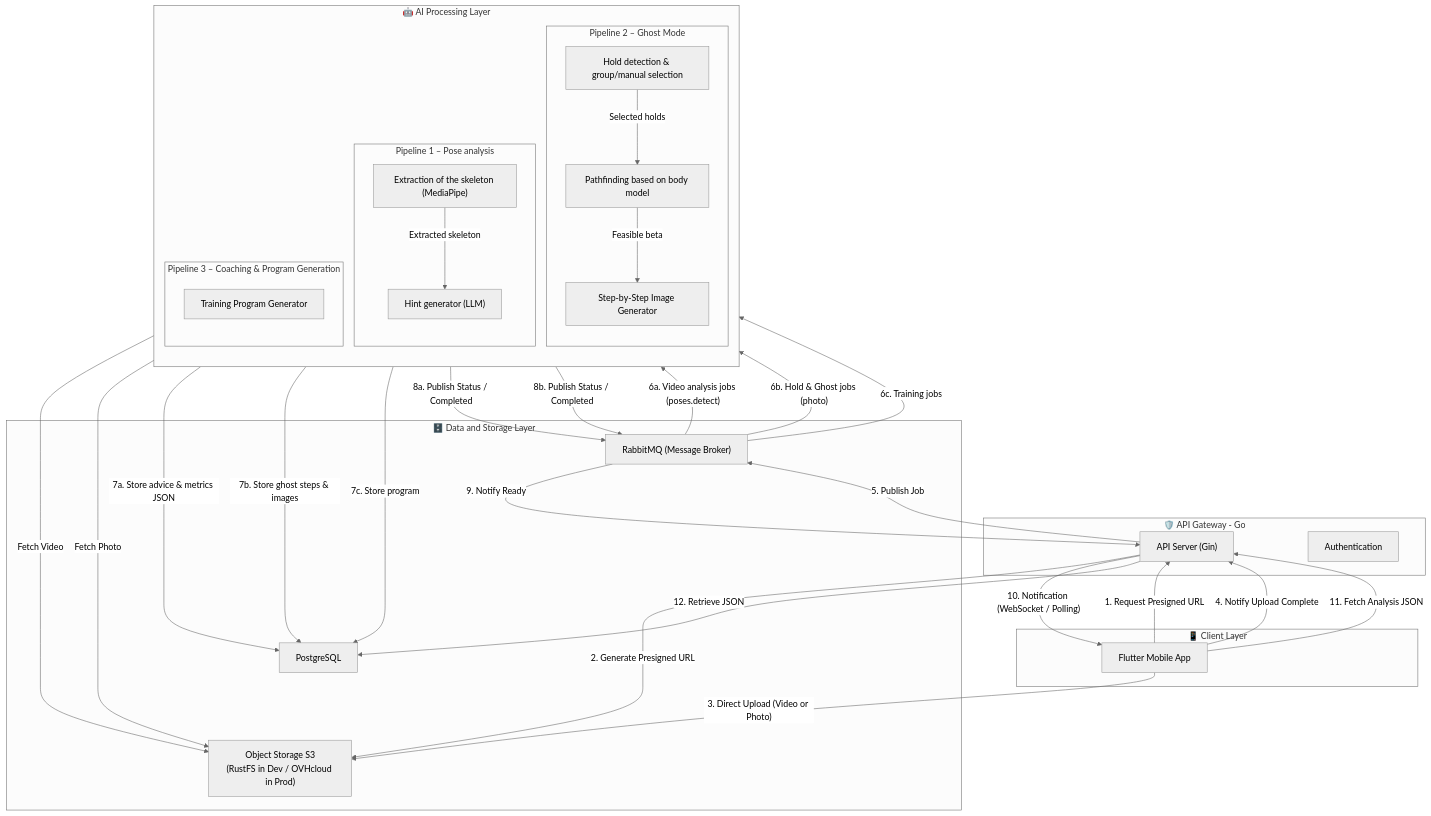
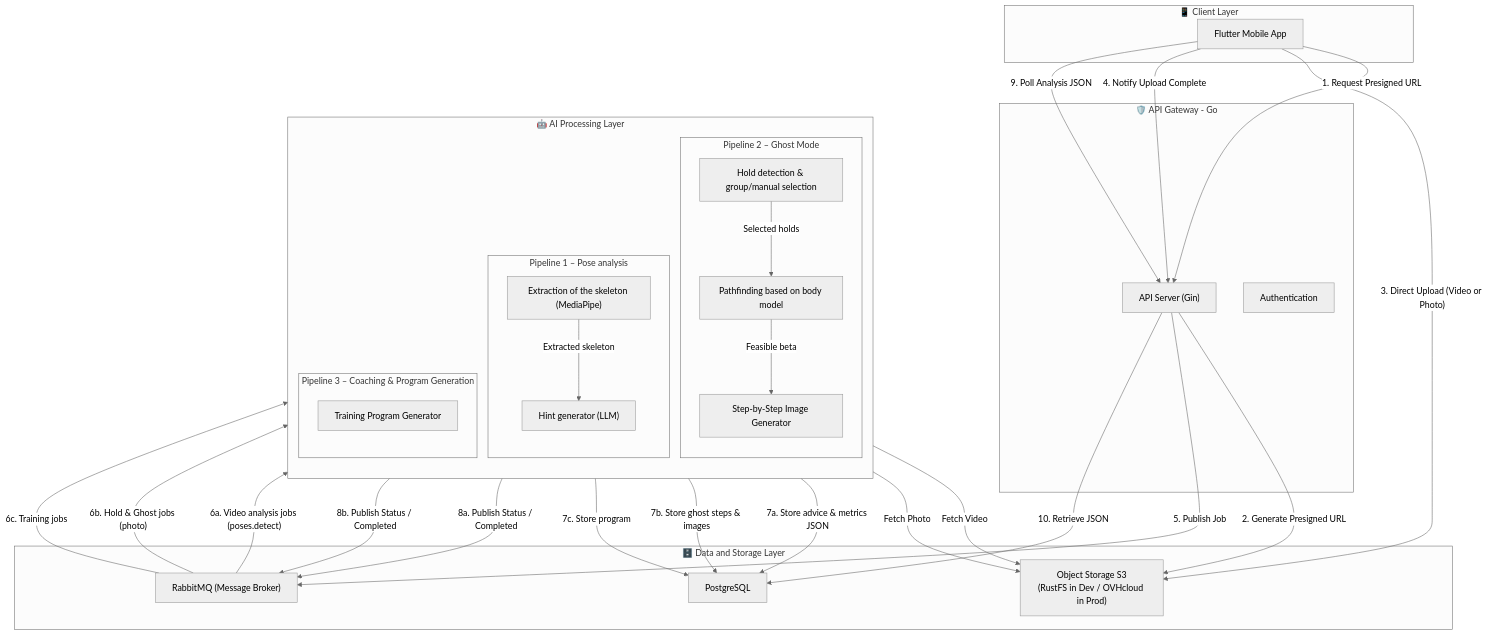
One commit to Ascension-EIP/Ascension changed the first of 2 diagrams in docs/Ascension/developer/architecture/globale-architecture.md. Above: the diagram before and after it, drawn with Mermaid (neutral theme). The commit also changed other lines of this file and 4 other files, not shown here.

````diff
--- a/docs/Ascension/developer/architecture/globale-architecture.md
+++ b/docs/Ascension/developer/architecture/globale-architecture.md
@@ -68,61 +68,59 @@
 ```mermaid
 graph TD
     subgraph Client ["📱 Client Layer"]
         MobileApp["Flutter Mobile App"]
     end
 
     subgraph API ["🛡️ API Gateway - Go"]
         APIServer["API Server (Gin)"]
         AuthService["Authentication"]
     end
 
     subgraph Storage ["🗄️ Data and Storage Layer"]
         ObjectStorage["Object Storage S3<br/>(RustFS in Dev / OVHcloud in Prod)"]
         Database["PostgreSQL"]
         MessageQueue["RabbitMQ (Message Broker)"]
     end
 
     subgraph AI ["🤖 AI Processing Layer"]
         direction TB
         subgraph Vision ["Pipeline 1 – Pose analysis"]
             SkeletonExtraction["Extraction of the skeleton (MediaPipe)"]
             AdviceGenerator["Hint generator (LLM)"]
             SkeletonExtraction -->|"Extracted skeleton"| AdviceGenerator
         end
         subgraph Ghost ["Pipeline 2 – Ghost Mode"]
             HoldDetection["Hold detection & group/manual selection"]
             Pathfinding["Pathfinding based on body model"]
             GhostGenerator["Step-by-Step Image Generator"]
             HoldDetection -->|"Selected holds"| Pathfinding
             Pathfinding -->|"Feasible beta"| GhostGenerator
         end
         subgraph Training ["Pipeline 3 – Coaching & Program Generation"]
             ProgramGenerator["Training Program Generator"]
         end
     end
 
     MobileApp -->|"1. Request Presigned URL"| APIServer
     APIServer -->|"2. Generate Presigned URL"| ObjectStorage
     MobileApp -->|"3. Direct Upload (Video or Photo)"| ObjectStorage
     MobileApp -->|"4. Notify Upload Complete"| APIServer
 
     APIServer -->|"5. Publish Job"| MessageQueue
     MessageQueue -->|"6a. Video analysis jobs (poses.detect)"| SkeletonExtraction
     MessageQueue -->|"6b. Hold & Ghost jobs (photo)"| HoldDetection
     MessageQueue -->|"6c. Training jobs"| ProgramGenerator
 
     SkeletonExtraction -->|"Fetch Video"| ObjectStorage
     HoldDetection -->|"Fetch Photo"| ObjectStorage
 
     AdviceGenerator -->|"7a. Store advice & metrics JSON"| Database
     GhostGenerator -->|"7b. Store ghost steps & images"| Database
     ProgramGenerator -->|"7c. Store program"| Database
 
     AdviceGenerator -->|"8a. Publish Status / Completed"| MessageQueue
     GhostGenerator -->|"8b. Publish Status / Completed"| MessageQueue
 
-    MessageQueue -->|"9. Notify Ready"| APIServer
-    APIServer -->|"10. Notification (WebSocket / Polling)"| MobileApp
-    MobileApp -->|"11. Fetch Analysis JSON"| APIServer
-    APIServer -->|"12. Retrieve JSON"| Database
+    MobileApp -->|"9. Poll Analysis JSON"| APIServer
+    APIServer -->|"10. Retrieve JSON"| Database
 ```
````
